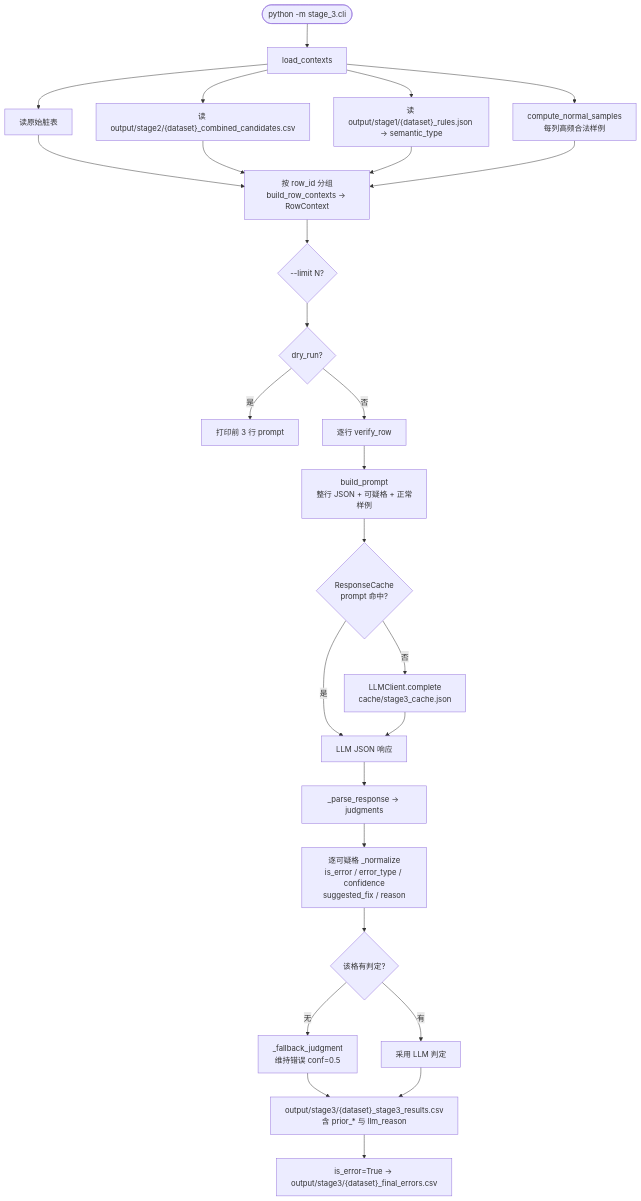
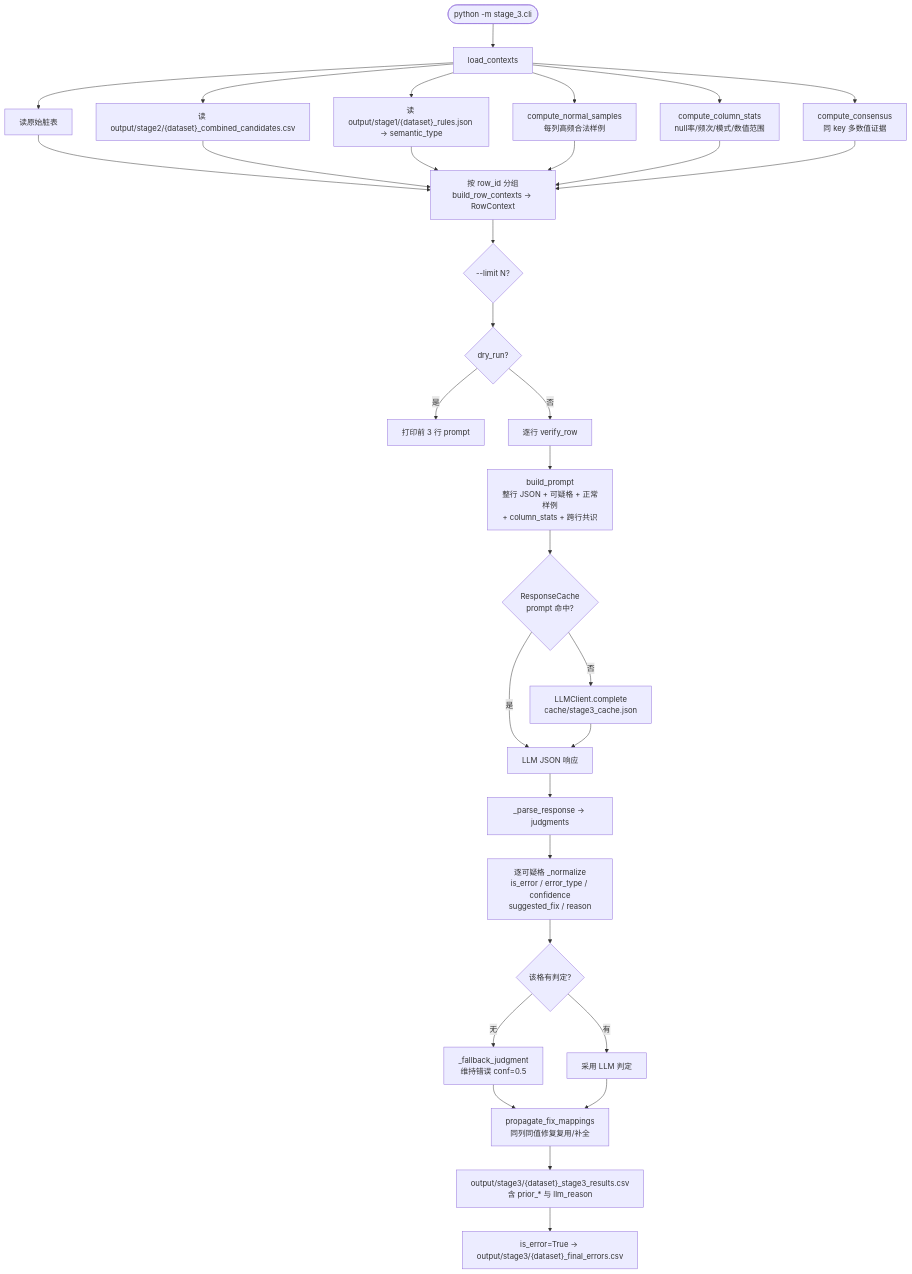
The fifth of 8 diagrams in PIPELINE.md (1993371829/error_detect), drawn with Mermaid before and after one commit. The commit also changed other lines of this file and 15 other files, not shown here.

First line of the commit message:
Stage 1/2/3 增强：DMV/标准化检测、LLM 健壮解析、Stage 3 统计画像与修复复用

````diff
--- a/PIPELINE.md
+++ b/PIPELINE.md
@@ -375,30 +391,33 @@
 ```mermaid
 flowchart TD
     START3(["python -m stage_3.cli"]) --> LOAD["load_contexts"]
     LOAD --> L1["读原始脏表"]
     LOAD --> L2["读 output/stage2/{dataset}_combined_candidates.csv"]
     LOAD --> L3["读 output/stage1/{dataset}_rules.json → semantic_type"]
     LOAD --> L4["compute_normal_samples<br/>每列高频合法样例"]
+    LOAD --> L5["compute_column_stats<br/>null率/频次/模式/数值范围"]
+    LOAD --> L6["compute_consensus<br/>同 key 多数值证据"]
 
-    L1 & L2 & L3 & L4 --> GROUP["按 row_id 分组<br/>build_row_contexts → RowContext"]
+    L1 & L2 & L3 & L4 & L5 & L6 --> GROUP["按 row_id 分组<br/>build_row_contexts → RowContext"]
 
     GROUP --> LIMIT{--limit N?}
     LIMIT --> DRY3{dry_run?}
     DRY3 -->|是| PREVIEW["打印前 3 行 prompt"]
     DRY3 -->|否| ROW_LOOP["逐行 verify_row"]
 
-    ROW_LOOP --> PROMPT["build_prompt<br/>整行 JSON + 可疑格 + 正常样例"]
+    ROW_LOOP --> PROMPT["build_prompt<br/>整行 JSON + 可疑格 + 正常样例<br/>+ column_stats + 跨行共识"]
     PROMPT --> CACHE3{ResponseCache<br/>prompt 命中?}
     CACHE3 -->|是| RAW["LLM JSON 响应"]
     CACHE3 -->|否| LLM3["LLMClient.complete<br/>cache/stage3_cache.json"]
     LLM3 --> RAW
 
     RAW --> PARSE["_parse_response → judgments"]
     PARSE --> NORM["逐可疑格 _normalize<br/>is_error / error_type / confidence<br/>suggested_fix / reason"]
     NORM --> FALLBACK{该格有判定?}
     FALLBACK -->|无| FB["_fallback_judgment<br/>维持错误 conf=0.5"]
     FALLBACK -->|有| KEEP["采用 LLM 判定"]
 
-    FB & KEEP --> RESULTS["output/stage3/{dataset}_stage3_results.csv<br/>含 prior_* 与 llm_reason"]
+    FB & KEEP --> PROP["propagate_fix_mappings<br/>同列同值修复复用/补全"]
+    PROP --> RESULTS["output/stage3/{dataset}_stage3_results.csv<br/>含 prior_* 与 llm_reason"]
     RESULTS --> FINAL["is_error=True → output/stage3/{dataset}_final_errors.csv"]
 ```
````
